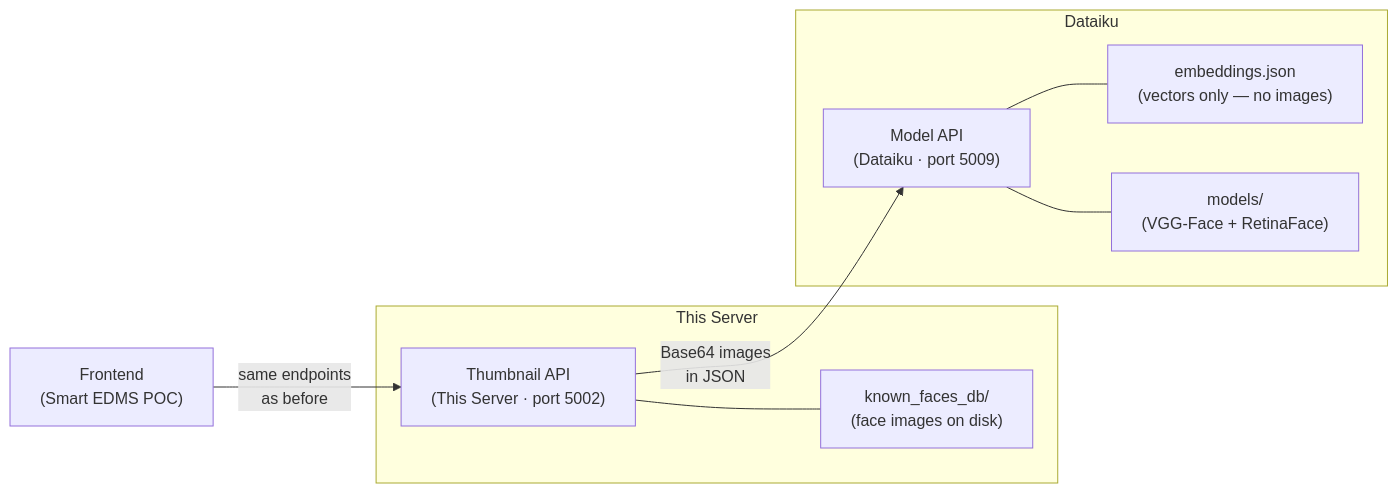
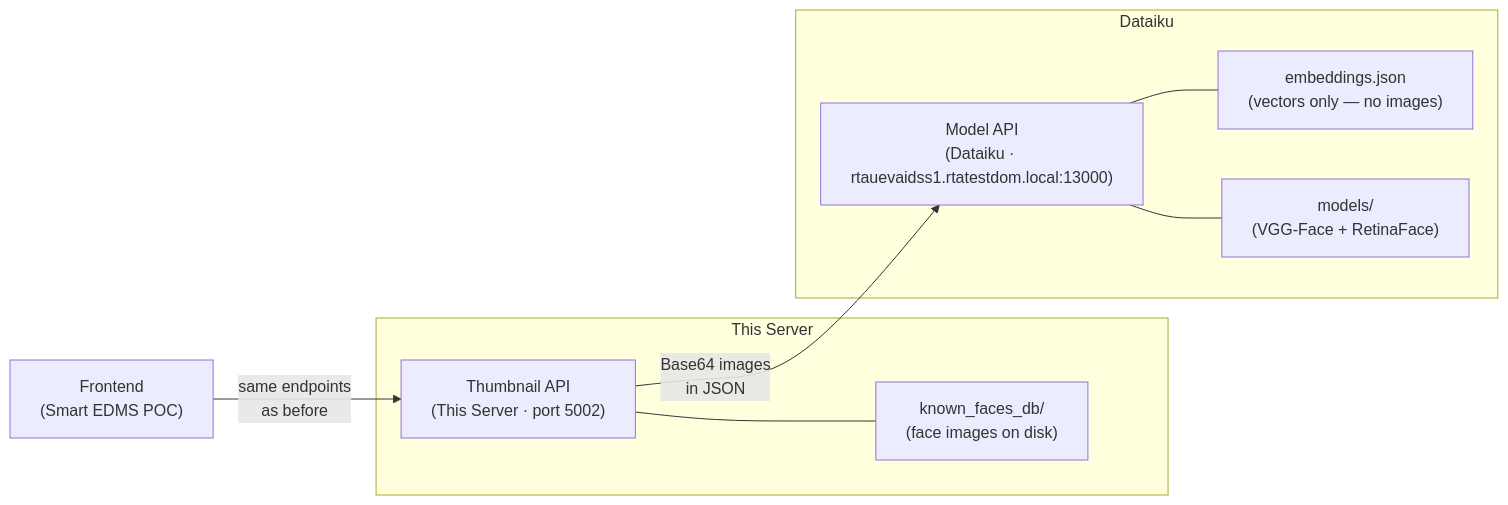
The first of 3 diagrams in ARCHITECTURE.md (Karimk94/Face-Recognition-py), drawn with Mermaid before and after one commit. The commit also changed other lines of this file and 10 other files, not shown here.

````diff
--- a/ARCHITECTURE.md
+++ b/ARCHITECTURE.md
@@ -11,14 +11,14 @@
 ```mermaid
 graph LR
     FE["Frontend<br/>(Smart EDMS POC)"] -->|"same endpoints<br/>as before"| TH["Thumbnail API<br/>(This Server · port 5002)"]
-    TH -->|"Base64 images<br/>in JSON"| DK["Model API<br/>(Dataiku · port 5009)"]
+    TH -->|"Base64 images<br/>in JSON"| DK["Model API<br/>(Dataiku · rtauevaidss1.rtatestdom.local:13000)"]
     
     subgraph "This Server"
         TH --- DB["known_faces_db/<br/>(face images on disk)"]
     end
     
     subgraph "Dataiku"
         DK --- EMB["embeddings.json<br/>(vectors only — no images)"]
         DK --- MDL["models/<br/>(VGG-Face + RetinaFace)"]
     end
 ```
````
